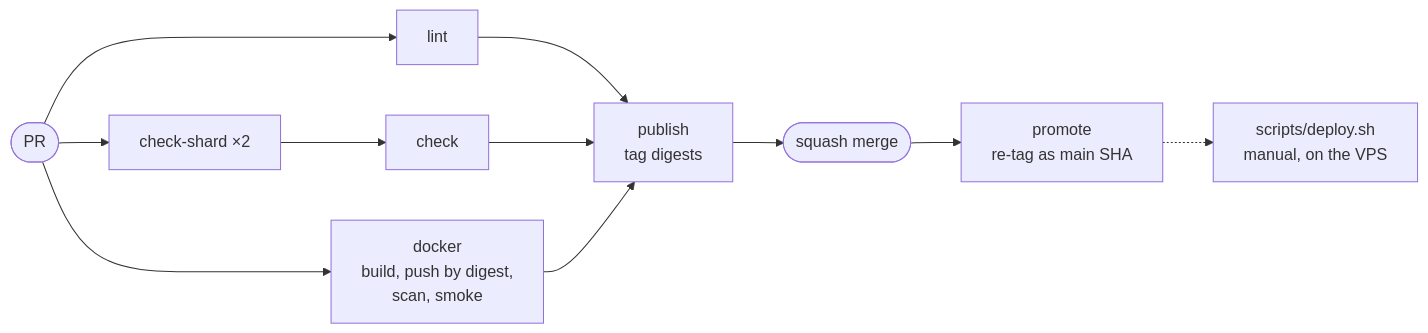
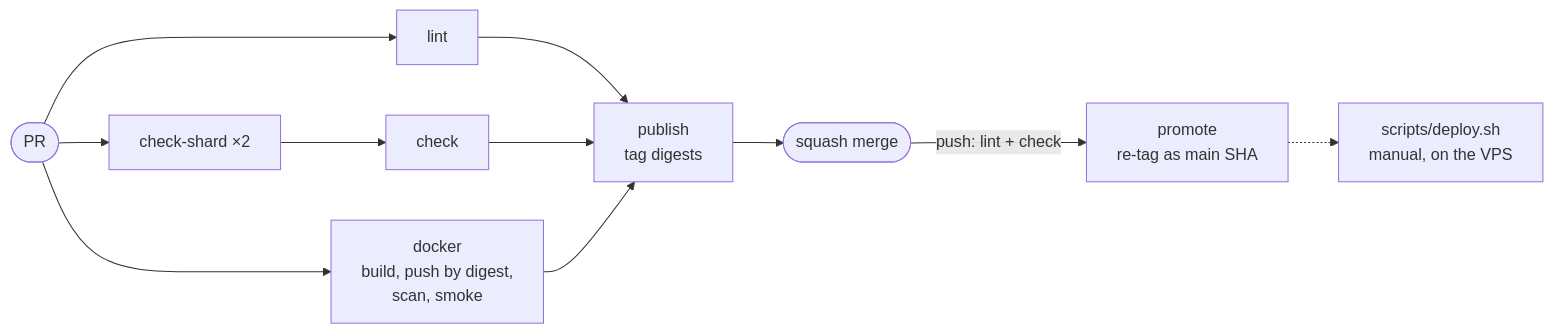
The third of 5 diagrams in ARCHITECTURE.md (Projekt-Manager-Org/Projekt-Manager), drawn with Mermaid before and after one commit. The commit also changed other lines of this file and 1 other file, not shown here.

First line of the commit message:
docs(architecture): repair pointers into the rewritten Attachments section

````diff
--- a/ARCHITECTURE.md
+++ b/ARCHITECTURE.md
@@ -376,9 +376,9 @@
 ```mermaid
 flowchart LR
   pr([PR]) --> lint & shard["check-shard ×2"] & docker["docker<br/>build, push by digest,<br/>scan, smoke"]
   shard --> check
   lint & check & docker --> publish["publish<br/>tag digests"]
   publish --> merge([squash merge])
-  merge --> promote["promote<br/>re-tag as main SHA"]
+  merge -->|"push: lint + check"| promote["promote<br/>re-tag as main SHA"]
   promote -.-> deploy["scripts/deploy.sh<br/>manual, on the VPS"]
 ```
````
